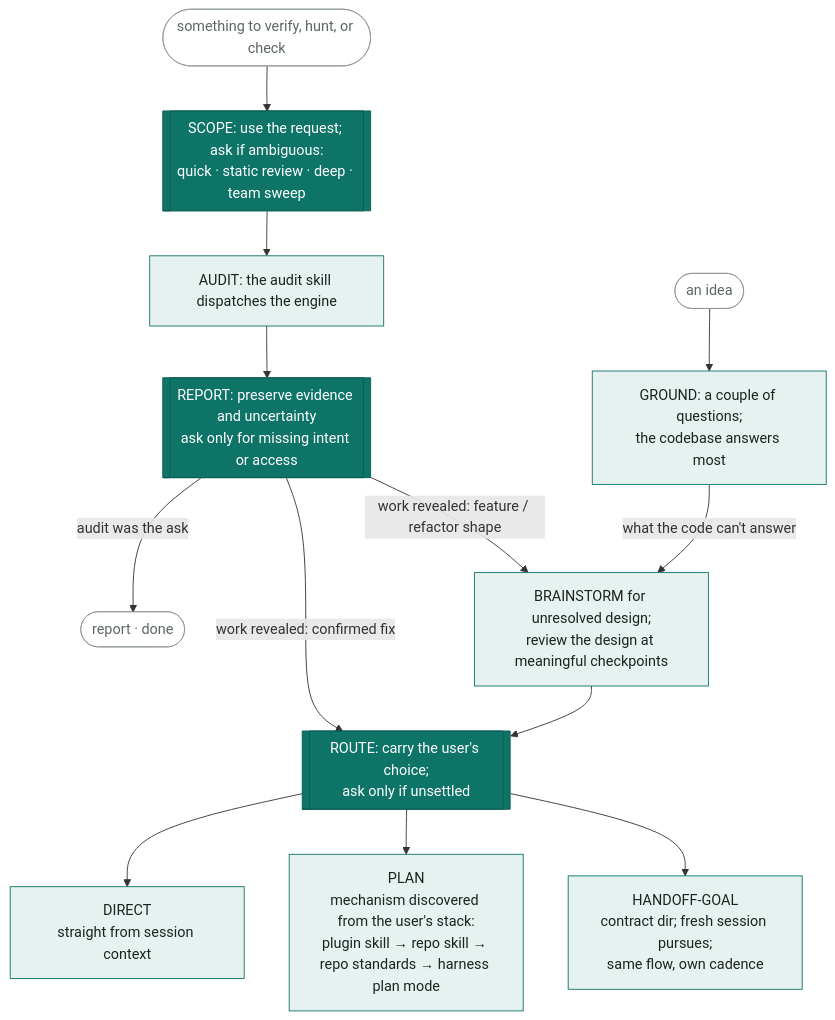
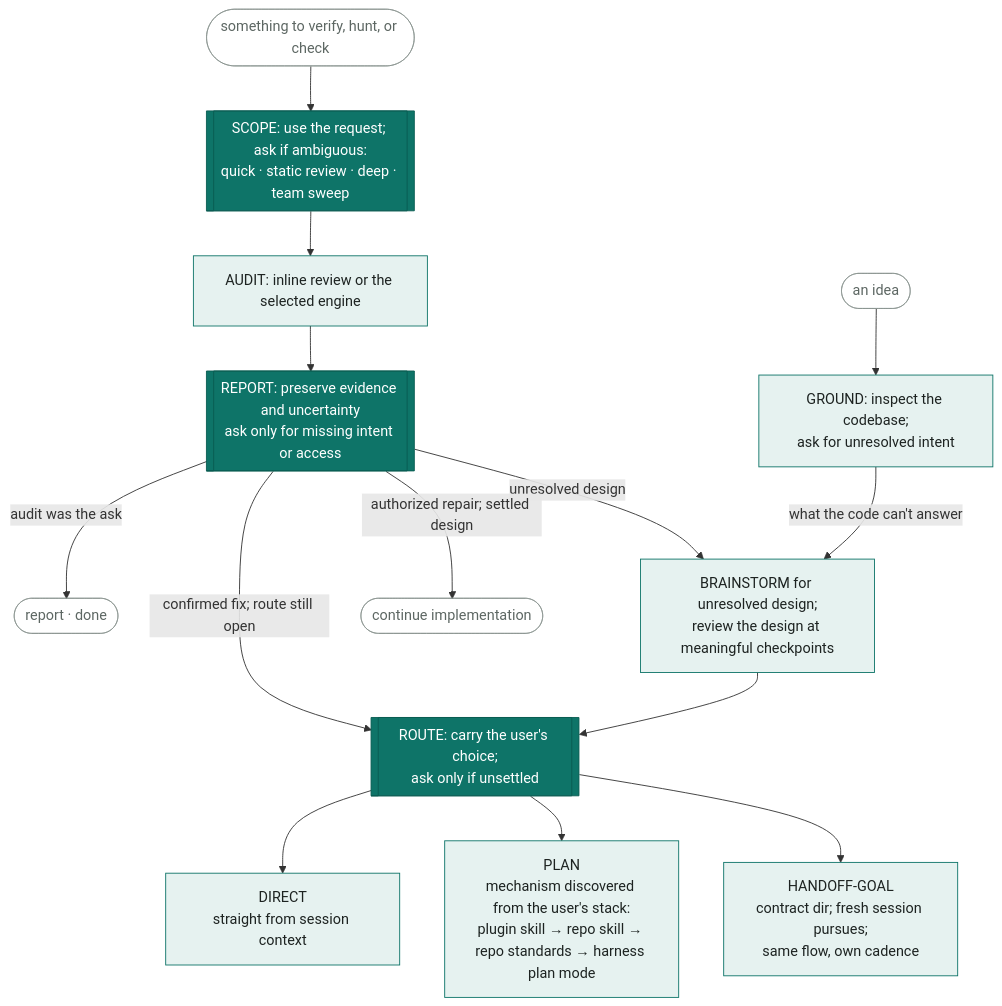
One commit to giostriquer/workshop changed the first of 2 diagrams in docs/workbench-flow.md. Above: the diagram before and after it, drawn with Mermaid. The commit also changed other lines of this file and 134 other files, not shown here.

````diff
--- a/docs/workbench-flow.md
+++ b/docs/workbench-flow.md
@@ -14,22 +15,23 @@
 ```mermaid
 flowchart TD
     classDef gate fill:#0e7468,stroke:#0a5c52,color:#ffffff
     classDef stage fill:#e6f2f0,stroke:#0e7468,color:#1d2321
     classDef term fill:none,stroke:#8a948f,color:#5d6763
 
     A0([something to verify, hunt, or check]):::term --> A1
     A1[["SCOPE: use the request; ask if ambiguous:<br/>quick · static review · deep · team sweep"]]:::gate
-    A1 --> A2["AUDIT: the audit skill dispatches the engine"]:::stage
+    A1 --> A2["AUDIT: inline review or the selected engine"]:::stage
     A2 --> A3[["REPORT: preserve evidence and uncertainty<br/>ask only for missing intent or access"]]:::gate
     A3 -->|audit was the ask| A4([report · done]):::term
-    A3 -->|"work revealed: feature / refactor shape"| B2
-    A3 -->|"work revealed: confirmed fix"| RG
+    A3 -->|"unresolved design"| B2
+    A3 -->|"authorized repair; settled design"| I0([continue implementation]):::term
+    A3 -->|"confirmed fix; route still open"| RG
 
-    B0([an idea]):::term --> B1["GROUND: a couple of questions;<br/>the codebase answers most"]:::stage
+    B0([an idea]):::term --> B1["GROUND: inspect the codebase;<br/>ask for unresolved intent"]:::stage
     B1 -->|what the code can't answer| B2["BRAINSTORM for unresolved design;<br/>review the design at meaningful checkpoints"]:::stage
     B2 --> RG[["ROUTE: carry the user's choice;<br/>ask only if unsettled"]]:::gate
 
     RG --> R1["DIRECT<br/>straight from session context"]:::stage
     RG --> R2["PLAN<br/>mechanism discovered from the user's stack:<br/>plugin skill → repo skill → repo standards → harness plan mode"]:::stage
     RG --> R3["HANDOFF-GOAL<br/>contract dir; fresh session pursues;<br/>same flow, own cadence"]:::stage
 ```
````
